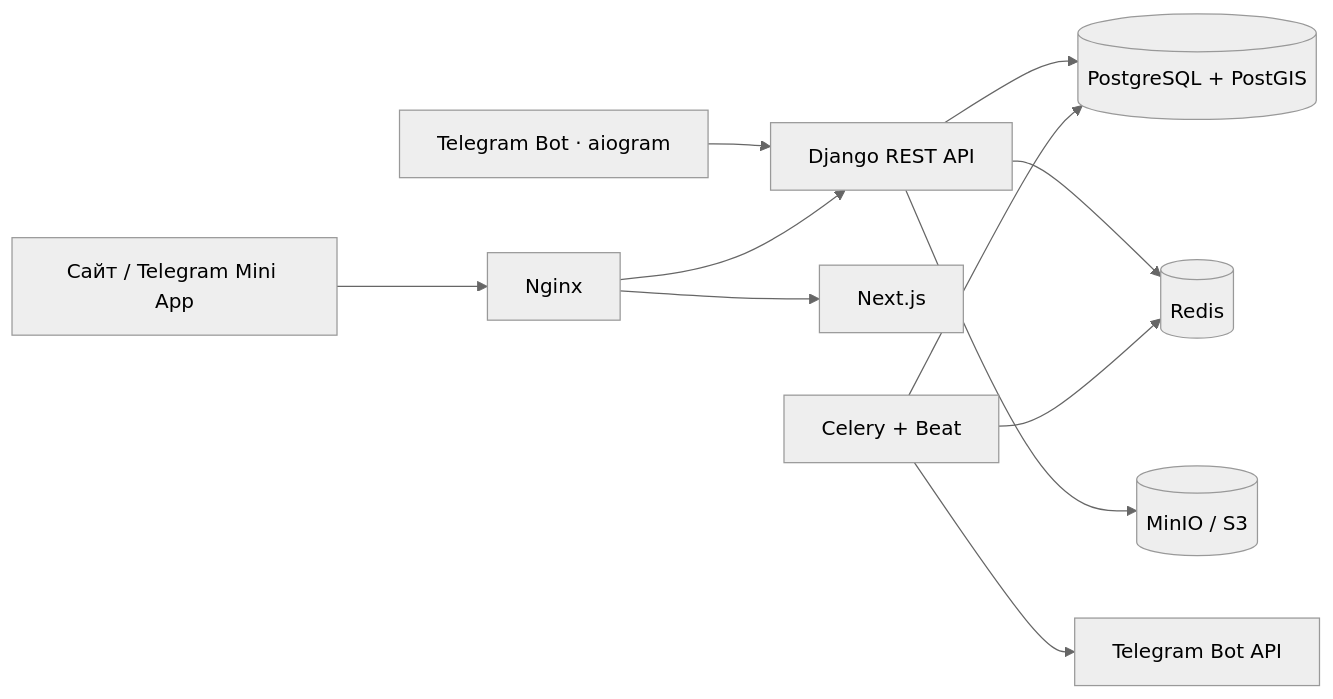
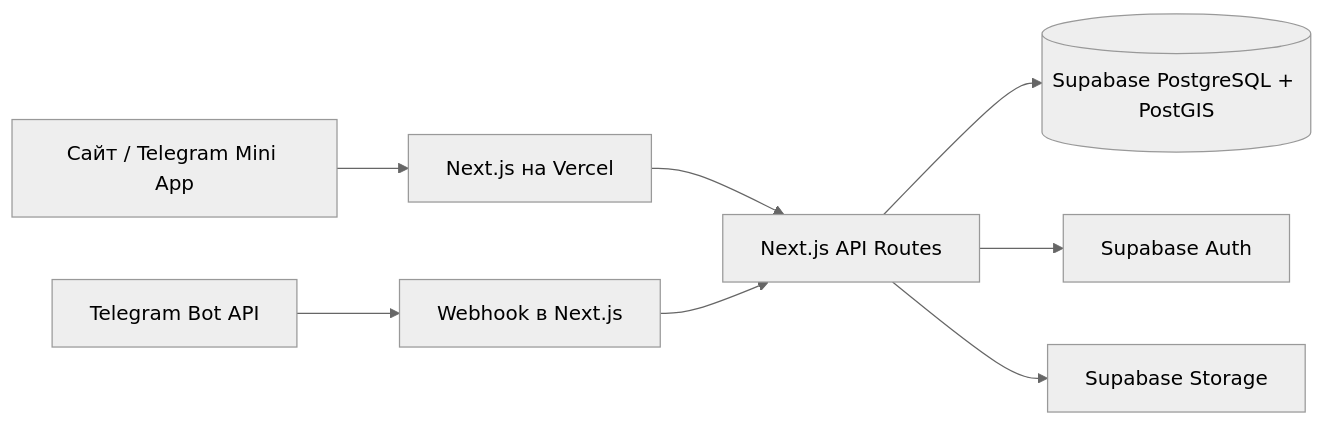
Before and after one commit to AnanasikAnanas/HoopMap: the diagram in README.md, drawn with Mermaid (neutral theme). The commit also changed other lines of this file and 20 other files, not shown here.

````diff
--- a/README.md
+++ b/README.md
@@ -22,13 +8,10 @@
 ```mermaid
 flowchart LR
-    U["Сайт / Telegram Mini App"] --> N["Nginx"]
-    T["Telegram Bot · aiogram"] --> B["Django REST API"]
-    N --> F["Next.js"]
-    N --> B
-    B --> P[("PostgreSQL + PostGIS")]
-    B --> R[("Redis")]
-    B --> S[("MinIO / S3")]
-    C["Celery + Beat"] --> P
-    C --> R
-    C --> TG["Telegram Bot API"]
+  U["Сайт / Telegram Mini App"] --> V["Next.js на Vercel"]
+  TG["Telegram Bot API"] --> W["Webhook в Next.js"]
+  V --> A["Next.js API Routes"]
+  W --> A
+  A --> S[("Supabase PostgreSQL + PostGIS")]
+  A --> AU["Supabase Auth"]
+  A --> ST["Supabase Storage"]
 ```
````
